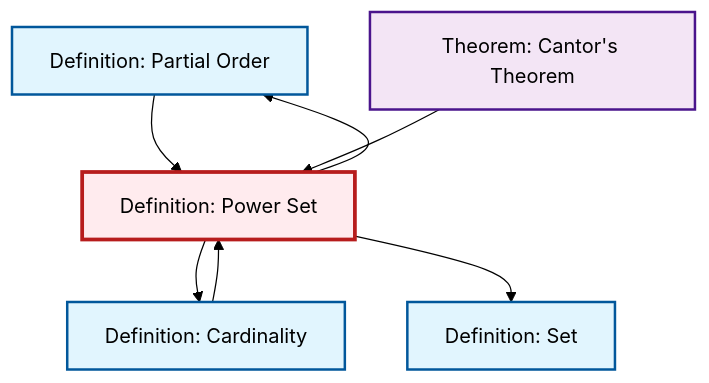
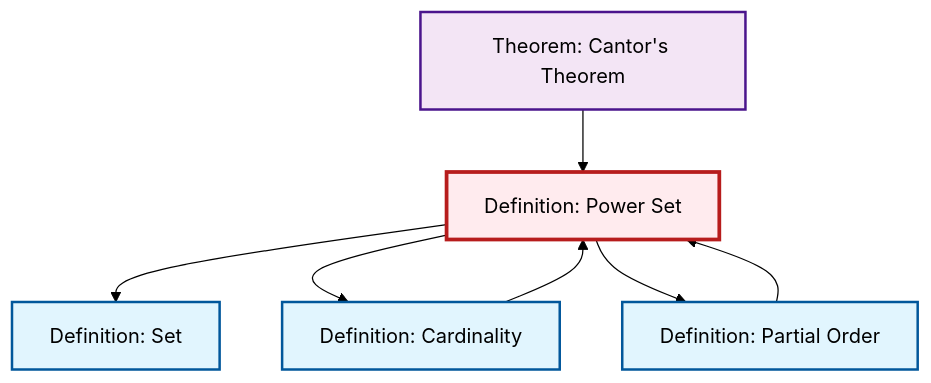
One commit to RK0429/ModernMath changed the second of 2 diagrams in content/en/logic-set-theory/def-power-set.qmd. Above: the diagram before and after it, drawn with Mermaid (forest theme). The commit also changed other lines of this file and 634 other files, not shown here.

````diff
--- a/content/en/logic-set-theory/def-power-set.qmd
+++ b/content/en/logic-set-theory/def-power-set.qmd
@@ -69,25 +69,25 @@
 ```{mermaid}
 %%| fig-cap: "Local dependency graph"
 graph TD
     classDef definition fill:#e1f5fe,stroke:#01579b,stroke-width:2px
     classDef theorem fill:#f3e5f5,stroke:#4a148c,stroke-width:2px
     classDef axiom fill:#fff3e0,stroke:#e65100,stroke-width:2px
     classDef example fill:#e8f5e9,stroke:#1b5e20,stroke-width:2px
     classDef current fill:#ffebee,stroke:#b71c1c,stroke-width:3px
+    def-power-set["Definition: Power Set"]:::definition
+    thm-cantor["Theorem: Cantor's Theorem"]:::theorem
+    def-partial-order["Definition: Partial Order"]:::definition
     def-set["Definition: Set"]:::definition
-    def-partial-order["Definition: Partial Order"]:::definition
-    def-power-set["Definition: Power Set"]:::definition
     def-cardinality["Definition: Cardinality"]:::definition
-    thm-cantor["Theorem: Cantor's Theorem"]:::theorem
+    def-partial-order --> def-power-set
+    def-power-set --> def-set
+    thm-cantor --> def-power-set
     def-cardinality --> def-power-set
-    def-partial-order --> def-power-set
     def-power-set --> def-cardinality
-    thm-cantor --> def-power-set
-    def-power-set --> def-set
     def-power-set --> def-partial-order
     class def-power-set current
+    click thm-cantor "thm-cantor.html" "Go to Cantor's Theorem theorem"
+    click def-partial-order "def-partial-order.html" "Go to Partial Order definition"
     click def-set "def-set.html" "Go to Set definition"
-    click def-partial-order "def-partial-order.html" "Go to Partial Order definition"
     click def-cardinality "def-cardinality.html" "Go to Cardinality definition"
-    click thm-cantor "thm-cantor.html" "Go to Cantor's Theorem theorem"
 ```
````
